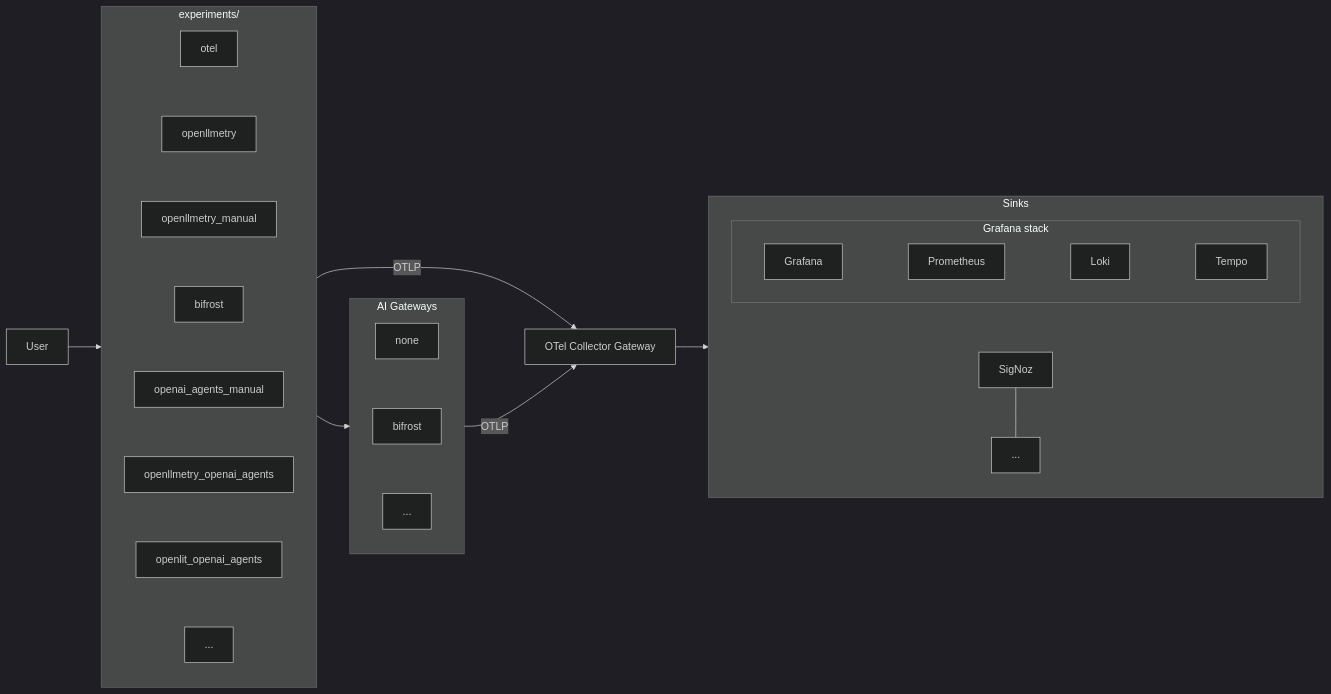
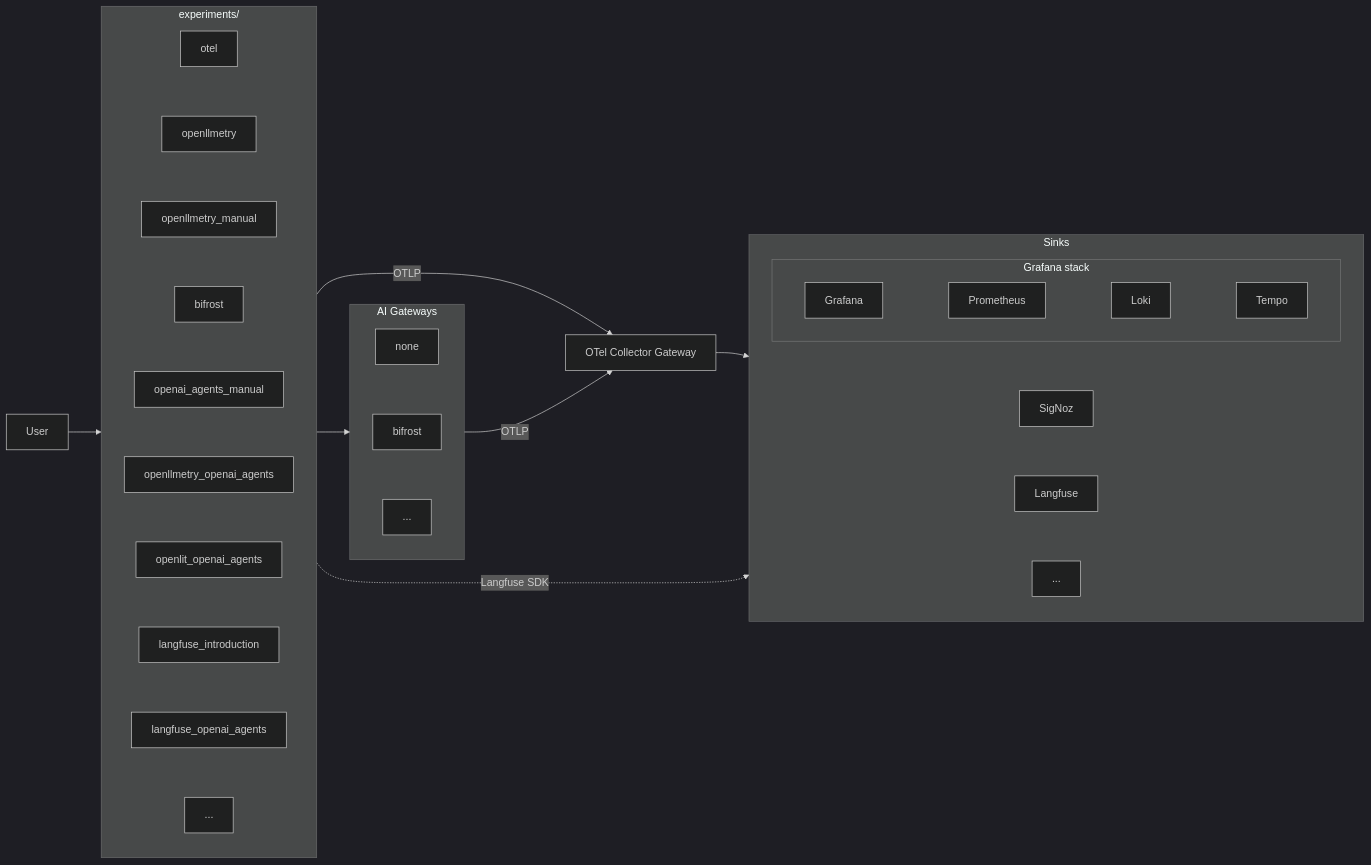
One commit to one2nc/ai_observability changed the diagram in README.md. Above: the diagram before and after it, drawn with Mermaid (dark theme). The commit also changed other lines of this file and 42 other files, not shown here.

Commit message:
langfuse experiments

````diff
--- a/README.md
+++ b/README.md
@@ -7,29 +7,30 @@
 ```mermaid
 graph LR
     User --> experiments
 
     subgraph experiments["experiments/"]
         direction TB
-        otel --- openllmetry --- openllmetry_manual --- bifrost --- openai_agents_manual --- openllmetry_openai_agents --- openlit_openai_agents --- more_exp[...]
+        otel --- openllmetry --- openllmetry_manual --- bifrost --- openai_agents_manual --- openllmetry_openai_agents --- openlit_openai_agents --- langfuse_introduction --- langfuse_openai_agents --- more_exp[...]
     end
 
     subgraph gateways["AI Gateways"]
         direction TB
         none_gw[none] --- bifrost_gw[bifrost] --- more_gw[...]
     end
 
     subgraph sinks["Sinks"]
         direction TB
         subgraph grafana_stack["Grafana stack"]
             grafana[Grafana] --- prometheus[Prometheus] --- loki[Loki] --- tempo[Tempo]
         end
-        grafana_stack --- signoz[SigNoz] --- more_sink[...]
+        grafana_stack --- signoz[SigNoz] --- langfuse_sink[Langfuse] --- more_sink[...]
     end
 
     experiments --> gateways
     experiments -->|OTLP| collector[OTel Collector Gateway]
     gateways -->|OTLP| collector
     collector --> sinks
+    experiments -.->|Langfuse SDK| langfuse_sink
 
-    linkStyle 1,2,3,4,5,6,7,8,9,10,11,12,13 stroke:none
+    linkStyle 1,2,3,4,5,6,7,8,9,10,11,12,13,14,15,16,17 stroke:none
 ```
````
